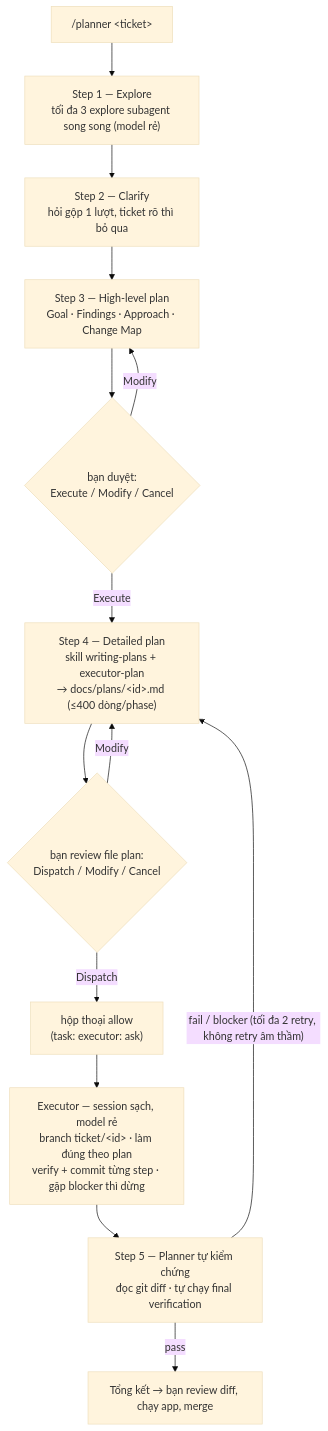
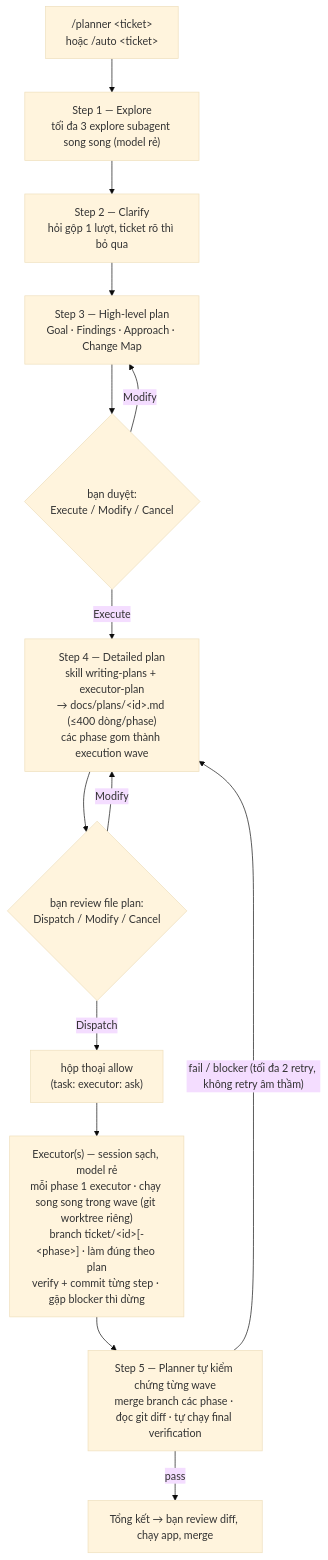
Before and after one commit to thanhnguyen293/planexec: the diagram in README.vi.md, drawn with Mermaid (base theme). The commit also changed other lines of this file and 10 other files, not shown here.

````diff
--- a/README.vi.md
+++ b/README.vi.md
@@ -12,16 +12,16 @@
 ```mermaid
 flowchart TD
-    A["/planner &lt;ticket&gt;"] --> B["Step 1 — Explore<br/>tối đa 3 explore subagent song song (model rẻ)"]
+    A["/planner &lt;ticket&gt;<br/>hoặc /auto &lt;ticket&gt;"] --> B["Step 1 — Explore<br/>tối đa 3 explore subagent song song (model rẻ)"]
     B --> C["Step 2 — Clarify<br/>hỏi gộp 1 lượt, ticket rõ thì bỏ qua"]
     C --> D["Step 3 — High-level plan<br/>Goal · Findings · Approach · Change Map"]
     D --> G1{"bạn duyệt:<br/>Execute / Modify / Cancel"}
     G1 -- Modify --> D
-    G1 -- Execute --> E["Step 4 — Detailed plan<br/>skill writing-plans + executor-plan<br/>→ docs/plans/&lt;id&gt;.md (≤400 dòng/phase)"]
+    G1 -- Execute --> E["Step 4 — Detailed plan<br/>skill writing-plans + executor-plan<br/>→ docs/plans/&lt;id&gt;.md (≤400 dòng/phase)<br/>các phase gom thành execution wave"]
     E --> G2{"bạn review file plan:<br/>Dispatch / Modify / Cancel"}
     G2 -- Modify --> E
     G2 -- Dispatch --> G3["hộp thoại allow<br/>(task: executor: ask)"]
-    G3 --> X["Executor — session sạch, model rẻ<br/>branch ticket/&lt;id&gt; · làm đúng theo plan<br/>verify + commit từng step · gặp blocker thì dừng"]
-    X --> V["Step 5 — Planner tự kiểm chứng<br/>đọc git diff · tự chạy final verification"]
+    G3 --> X["Executor(s) — session sạch, model rẻ<br/>mỗi phase 1 executor · chạy song song trong wave (git worktree riêng)<br/>branch ticket/&lt;id&gt;[-&lt;phase&gt;] · làm đúng theo plan<br/>verify + commit từng step · gặp blocker thì dừng"]
+    X --> V["Step 5 — Planner tự kiểm chứng từng wave<br/>merge branch các phase · đọc git diff · tự chạy final verification"]
     V -- "fail / blocker (tối đa 2 retry, không retry âm thầm)" --> E
     V -- pass --> Z["Tổng kết → bạn review diff, chạy app, merge"]
 ```
````
